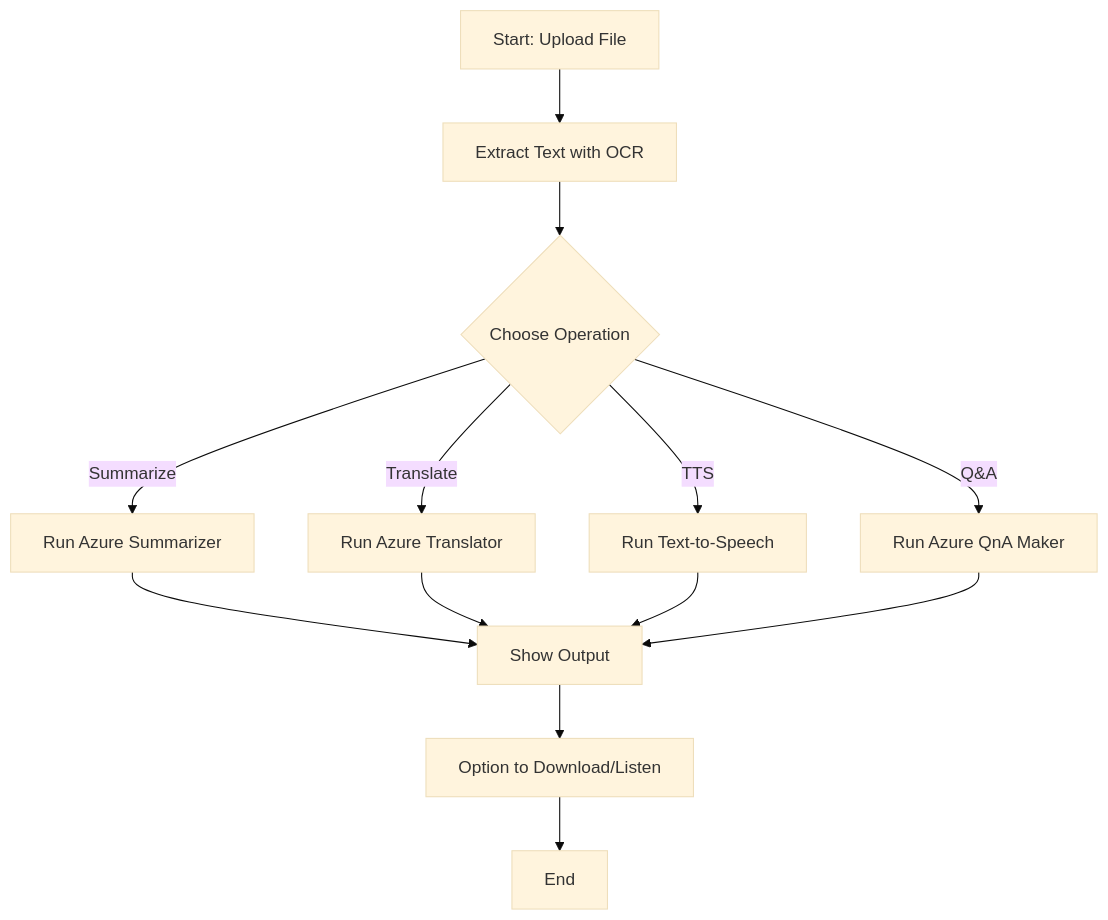
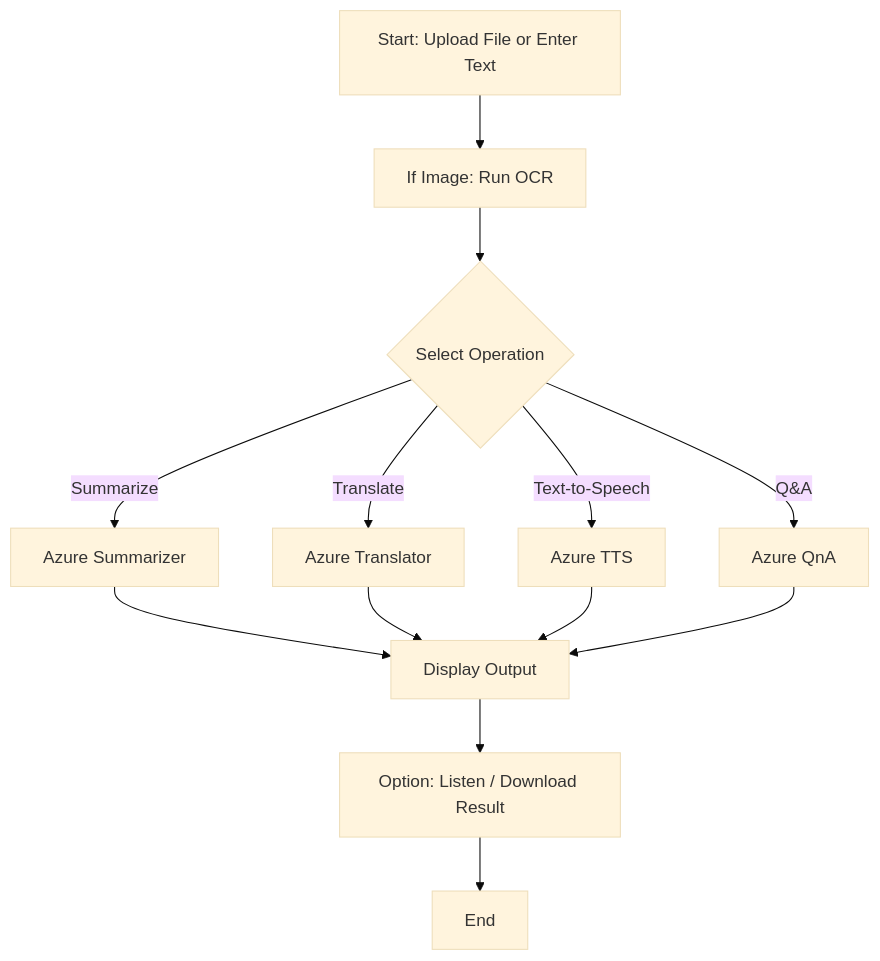
Before and after one commit to hrshit18/EduBot-AI: the diagram in README.md, drawn with Mermaid (base theme). The commit also changed other lines of this file, not shown here.

````diff
--- a/README.md
+++ b/README.md
@@ -54,15 +56,15 @@
 ```mermaid
 graph TD
-    A[Start: Upload File] --> B[Extract Text with OCR]
-    B --> C{Choose Operation}
-    C -->|Summarize| D[Run Azure Summarizer]
-    C -->|Translate| E[Run Azure Translator]
-    C -->|TTS| F[Run Text-to-Speech]
-    C -->|Q&A| G[Run Azure QnA Maker]
-    D --> H[Show Output]
+    A[Start: Upload File or Enter Text] --> B[If Image: Run OCR]
+    B --> C{Select Operation}
+    C -->|Summarize| D[Azure Summarizer]
+    C -->|Translate| E[Azure Translator]
+    C -->|Text-to-Speech| F[Azure TTS]
+    C -->|Q&A| G[Azure QnA]
+    D --> H[Display Output]
     E --> H
     F --> H
     G --> H
-    H --> I[Option to Download/Listen]
+    H --> I[Option: Listen / Download Result]
     I --> J[End]
 ```
````
